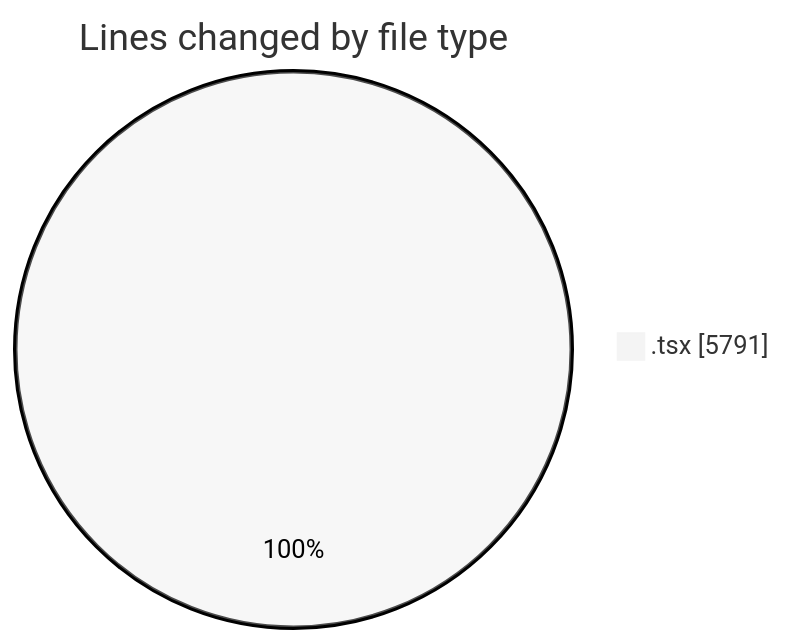
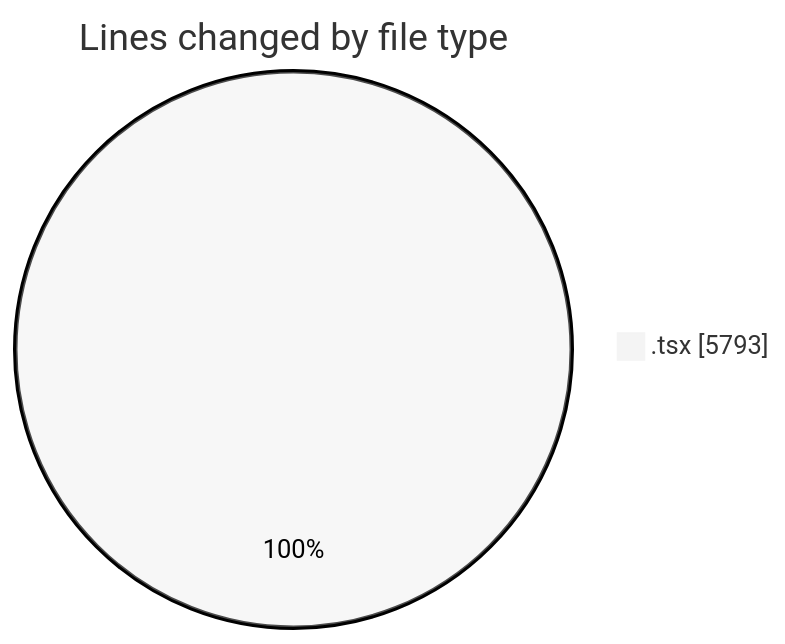
The first of 2 diagrams in 2025-12-04/cda/README.md (momahboobian/code-tracking), drawn with Mermaid (neutral theme) before and after one commit. The commit also changed other lines of this file and 1 other file, not shown here.

````diff
--- a/2025-12-04/cda/README.md
+++ b/2025-12-04/cda/README.md
@@ -22,5 +22,5 @@
 ```mermaid
 pie showData
 title Lines changed by file type
-".tsx" : 5791
+".tsx" : 5793
 ```
````
